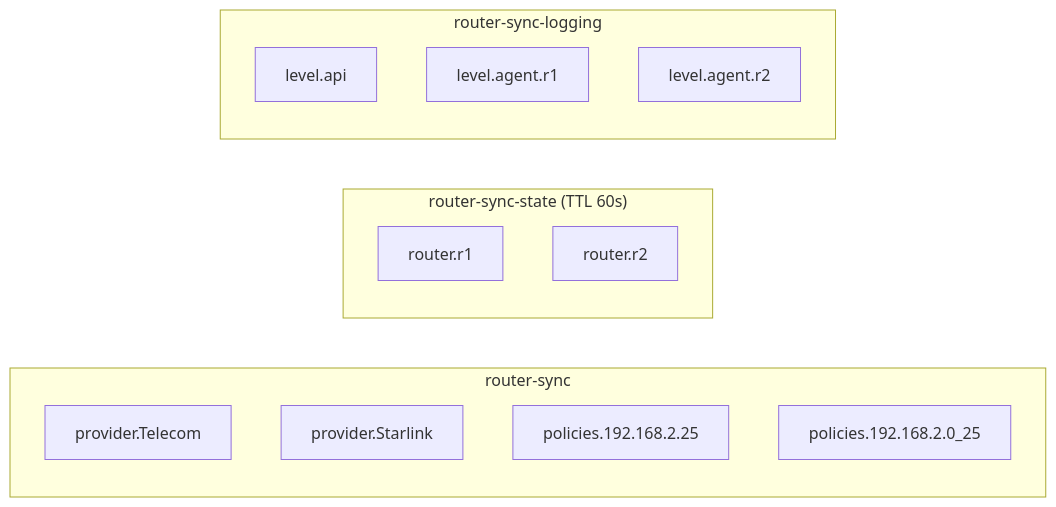
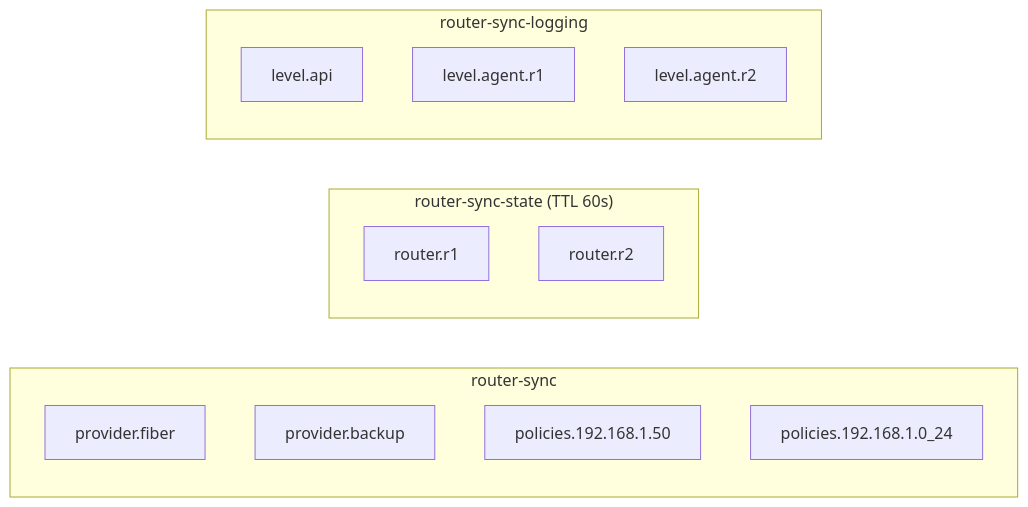
Before and after one commit to fcastello/router-sync: the third of 5 diagrams in ARCHITECTURE.md, drawn with Mermaid. The commit also changed other lines of this file and 23 other files, not shown here.

````diff
--- a/ARCHITECTURE.md
+++ b/ARCHITECTURE.md
@@ -98,20 +98,20 @@
 ```mermaid
 graph LR
   subgraph bucket_core["router-sync"]
-    P1["provider.Telecom"]
-    P2["provider.Starlink"]
-    POL1["policies.192.168.2.25"]
-    POL2["policies.192.168.2.0_25"]
+    P1["provider.fiber"]
+    P2["provider.backup"]
+    POL1["policies.192.168.1.50"]
+    POL2["policies.192.168.1.0_24"]
   end
 
   subgraph bucket_state["router-sync-state (TTL 60s)"]
     R1["router.r1"]
     R2["router.r2"]
   end
 
   subgraph bucket_log["router-sync-logging"]
     L1["level.api"]
     L2["level.agent.r1"]
     L3["level.agent.r2"]
   end
 ```
````
